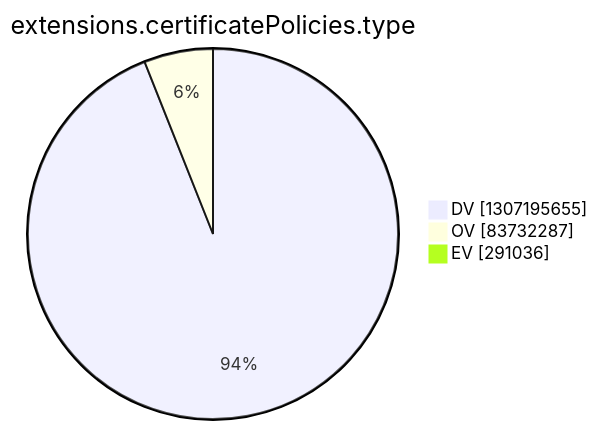
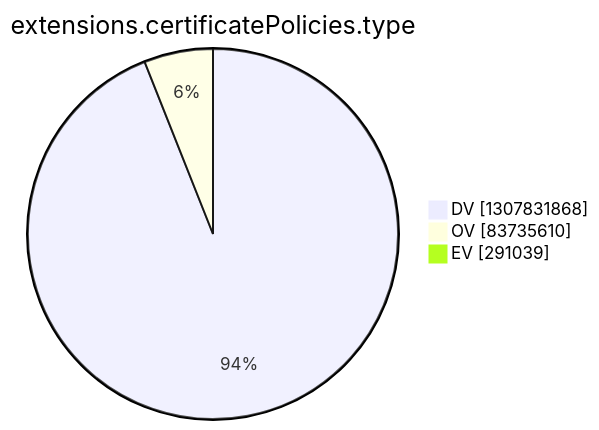
The tenth of 15 diagrams in argon2022/README.md (christiankrug/ctmonitor_visualization), drawn with Mermaid before and after one commit. The commit also changed other lines of this file, not shown here.

````diff
--- a/argon2022/README.md
+++ b/argon2022/README.md
@@ -2772,7 +2772,7 @@
 ```mermaid
 pie showData
 title extensions.certificatePolicies.type
-"DV" :1307195655
-"OV" :83732287
-"EV" :291036
+"DV" :1307831868
+"OV" :83735610
+"EV" :291039
 ```
````
